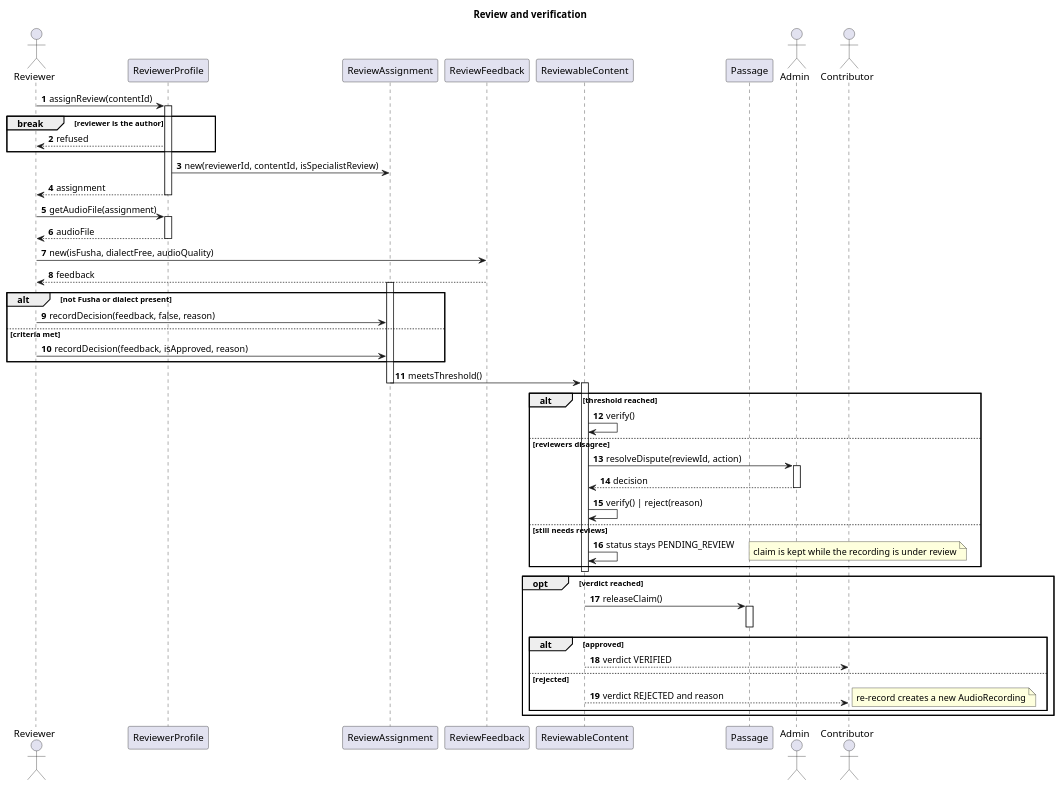
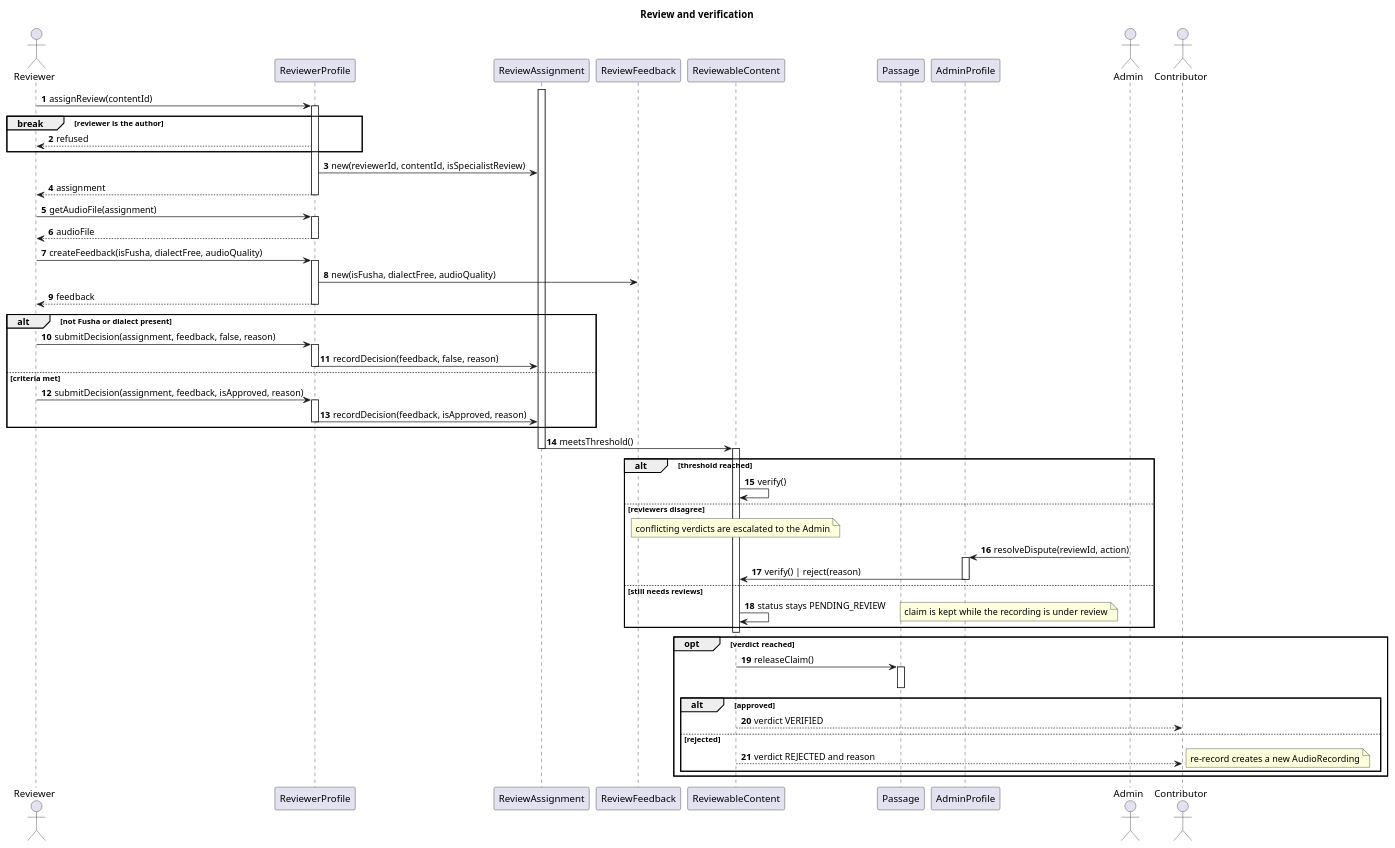
One commit to iAbdulrrahman/asghi-diagrams changed the diagram in h_seq2_review_verdict.puml. Above: the diagram before and after it, drawn with PlantUML. The commit also changed 7 other files, not shown here.

```diff
--- a/h_seq2_review_verdict.puml
+++ b/h_seq2_review_verdict.puml
@@ -1,70 +1,80 @@
 @startuml
 title Review and verification
 autonumber
 
 actor Reviewer as REV
 participant "ReviewerProfile" as RP
 participant "ReviewAssignment" as RA
 participant "ReviewFeedback" as RF
 participant "ReviewableContent" as C
 participant "Passage" as P
+participant "AdminProfile" as AP
 actor Admin as ADM
 actor Contributor as CON
 
 REV -> RP : assignReview(contentId)
 activate RP
 
 break reviewer is the author
     RP --> REV : refused
 end
 
 RP -> RA : new(reviewerId, contentId, isSpecialistReview)
 RP --> REV : assignment
 deactivate RP
 
 REV -> RP : getAudioFile(assignment)
 activate RP
 RP --> REV : audioFile
 deactivate RP
 
-REV -> RF : new(isFusha, dialectFree, audioQuality)
-RF --> REV : feedback
+REV -> RP : createFeedback(isFusha, dialectFree, audioQuality)
+activate RP
+RP -> RF : new(isFusha, dialectFree, audioQuality)
+RP --> REV : feedback
+deactivate RP
+
+alt not Fusha or dialect present
+    REV -> RP : submitDecision(assignment, feedback, false, reason)
+    activate RP
+    RP -> RA : recordDecision(feedback, false, reason)
+    deactivate RP
+else criteria met
+    REV -> RP : submitDecision(assignment, feedback, isApproved, reason)
+    activate RP
+    RP -> RA : recordDecision(feedback, isApproved, reason)
+    deactivate RP
+end
 
 activate RA
-alt not Fusha or dialect present
-    REV -> RA : recordDecision(feedback, false, reason)
-else criteria met
-    REV -> RA : recordDecision(feedback, isApproved, reason)
-end
-
 RA -> C : meetsThreshold()
 deactivate RA
 activate C
 
 alt threshold reached
     C -> C : verify()
 else reviewers disagree
-    C -> ADM : resolveDispute(reviewId, action)
-    activate ADM
-    ADM --> C : decision
-    deactivate ADM
-    C -> C : verify() | reject(reason)
+    note over C : conflicting verdicts are escalated to the Admin
+    ADM -> AP : resolveDispute(reviewId, action)
+    activate AP
+    AP -> C : verify() | reject(reason)
+    deactivate AP
 else still needs reviews
     C -> C : status stays PENDING_REVIEW
     note right : claim is kept while the recording is under review
 end
 deactivate C
 
 opt verdict reached
     C -> P : releaseClaim()
     activate P
     deactivate P
     alt approved
         C --> CON : verdict VERIFIED
     else rejected
         C --> CON : verdict REJECTED and reason
         note right : re-record creates a new AudioRecording
     end
 end
 
 @enduml
```
